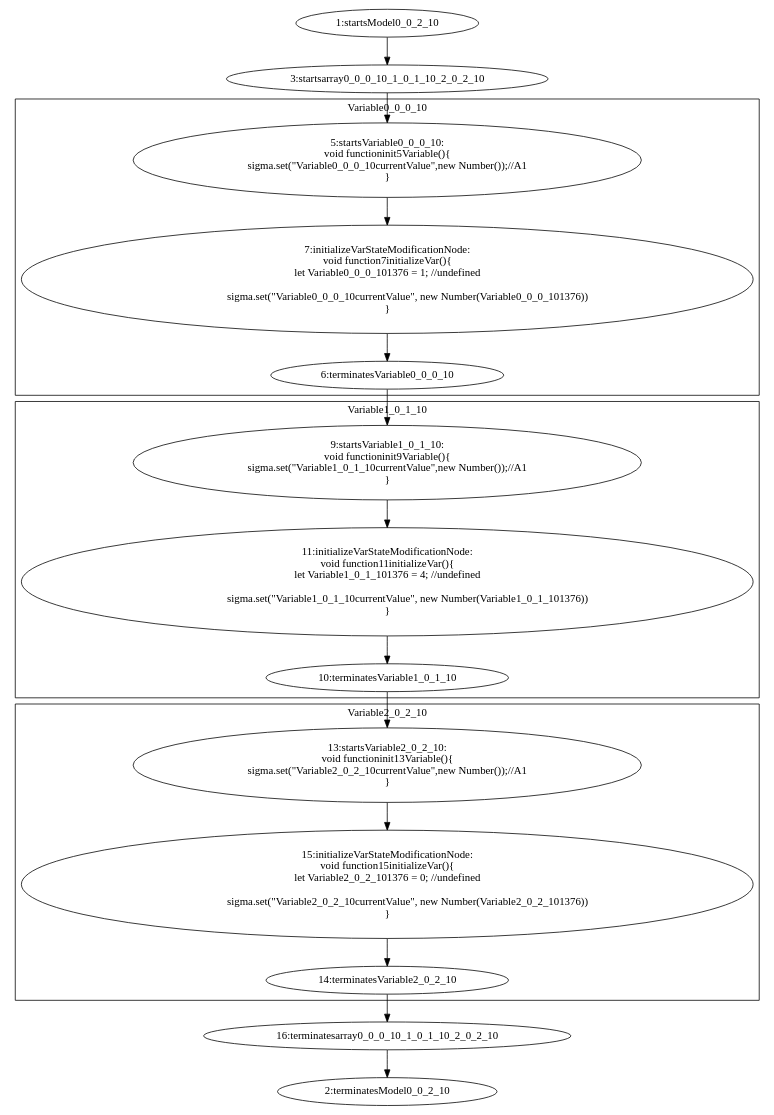
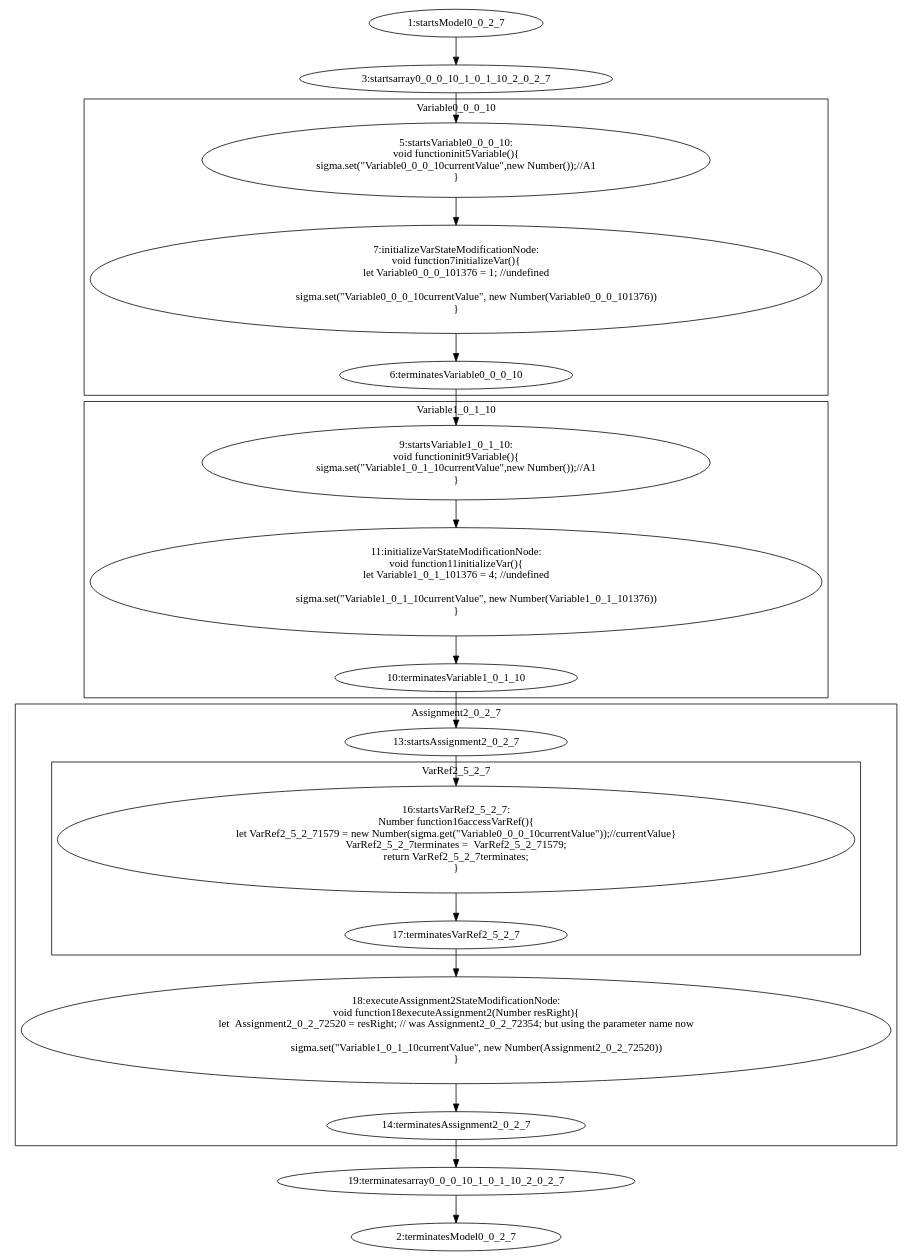
One commit to WWeishen/interpreter changed the diagram in interpreterJS/generated/test1.dot. Above: the diagram before and after it, drawn with Graphviz. The commit also changed 15 other files, not shown here.

```diff
--- a/interpreterJS/generated/test1.dot
+++ b/interpreterJS/generated/test1.dot
@@ -1,60 +1,69 @@
 digraph G {
 subgraph cluster_4 {
 label = "Variable0_0_0_10";
   "5" [label="5:startsVariable0_0_0_10:
 void functioninit5Variable(){
 sigma.set(\"Variable0_0_0_10currentValue\",new Number());//A1
 }" shape="ellipse" ];
   "6" [label="6:terminatesVariable0_0_0_10" shape="ellipse" ];
   "7" [label="7:initializeVarStateModificationNode:
 void function7initializeVar(){
 let Variable0_0_0_101376 = 1; //undefined
 
                 sigma.set(\"Variable0_0_0_10currentValue\", new Number(Variable0_0_0_101376))
 }" shape="ellipse" ];
 }
 subgraph cluster_8 {
 label = "Variable1_0_1_10";
   "9" [label="9:startsVariable1_0_1_10:
 void functioninit9Variable(){
 sigma.set(\"Variable1_0_1_10currentValue\",new Number());//A1
 }" shape="ellipse" ];
   "10" [label="10:terminatesVariable1_0_1_10" shape="ellipse" ];
   "11" [label="11:initializeVarStateModificationNode:
 void function11initializeVar(){
 let Variable1_0_1_101376 = 4; //undefined
 
                 sigma.set(\"Variable1_0_1_10currentValue\", new Number(Variable1_0_1_101376))
 }" shape="ellipse" ];
 }
 subgraph cluster_12 {
-label = "Variable2_0_2_10";
-  "13" [label="13:startsVariable2_0_2_10:
-void functioninit13Variable(){
-sigma.set(\"Variable2_0_2_10currentValue\",new Number());//A1
+label = "Assignment2_0_2_7";
+  "13" [label="13:startsAssignment2_0_2_7" shape="ellipse" ];
+  "14" [label="14:terminatesAssignment2_0_2_7" shape="ellipse" ];
+  "18" [label="18:executeAssignment2StateModificationNode:
+void function18executeAssignment2(Number resRight){
+let  Assignment2_0_2_72520 = resRight; // was Assignment2_0_2_72354; but using the parameter name now
+                                 
+                sigma.set(\"Variable1_0_1_10currentValue\", new Number(Assignment2_0_2_72520))
 }" shape="ellipse" ];
-  "14" [label="14:terminatesVariable2_0_2_10" shape="ellipse" ];
-  "15" [label="15:initializeVarStateModificationNode:
-void function15initializeVar(){
-let Variable2_0_2_101376 = 0; //undefined
-
-                sigma.set(\"Variable2_0_2_10currentValue\", new Number(Variable2_0_2_101376))
+subgraph cluster_15 {
+label = "VarRef2_5_2_7";
+  "16" [label="16:startsVarRef2_5_2_7:
+Number function16accessVarRef(){
+let VarRef2_5_2_71579 = new Number(sigma.get(\"Variable0_0_0_10currentValue\"));//currentValue}
+VarRef2_5_2_7terminates =  VarRef2_5_2_71579;
+return VarRef2_5_2_7terminates;
 }" shape="ellipse" ];
+  "17" [label="17:terminatesVarRef2_5_2_7" shape="ellipse" ];
 }
-  "1" [label="1:startsModel0_0_2_10" shape="ellipse" ];
-  "2" [label="2:terminatesModel0_0_2_10" shape="ellipse" ];
-  "3" [label="3:startsarray0_0_0_10_1_0_1_10_2_0_2_10" shape="ellipse" ];
-  "16" [label="16:terminatesarray0_0_0_10_1_0_1_10_2_0_2_10" shape="ellipse" ];
+}
+  "1" [label="1:startsModel0_0_2_7" shape="ellipse" ];
+  "2" [label="2:terminatesModel0_0_2_7" shape="ellipse" ];
+  "3" [label="3:startsarray0_0_0_10_1_0_1_10_2_0_2_7" shape="ellipse" ];
+  "19" [label="19:terminatesarray0_0_0_10_1_0_1_10_2_0_2_7" shape="ellipse" ];
   "5" -> "7" [label=""];
   "7" -> "6" [label=""];
   "9" -> "11" [label=""];
   "11" -> "10" [label=""];
-  "13" -> "15" [label=""];
-  "15" -> "14" [label=""];
+  "16" -> "17" [label=""];
+  "13" -> "16" [label=""];
+  "17" -> "18" [label=""];
+  "18" -> "14" [label=""];
   "1" -> "3" [label=""];
   "3" -> "5" [label=""];
   "6" -> "9" [label=""];
   "10" -> "13" [label=""];
-  "14" -> "16" [label=""];
-  "16" -> "2" [label=""];
+  "14" -> "19" [label=""];
+  "19" -> "2" [label=""];
 }
```
